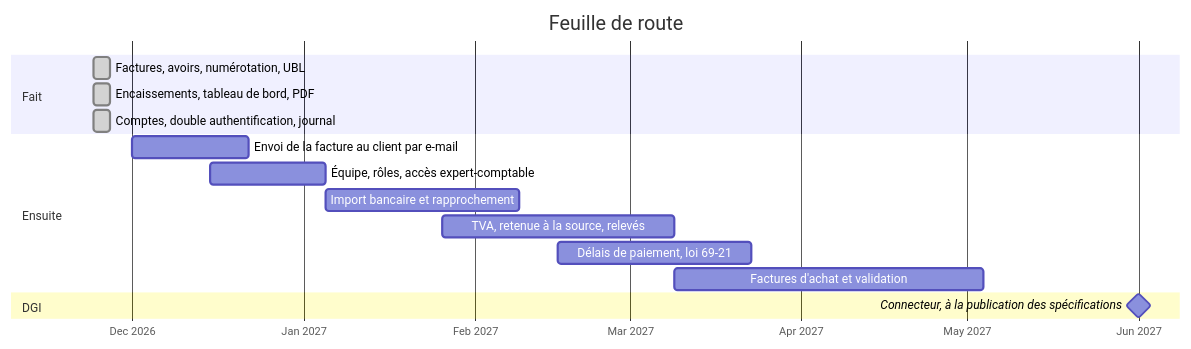
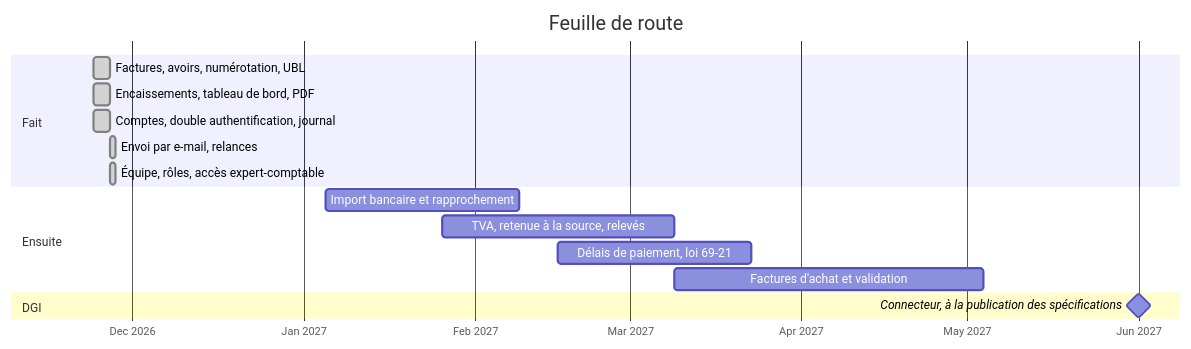
The fourth of 4 diagrams in README.md (abderrahimghazali/tabaa), drawn with Mermaid before and after one commit. The commit also changed other lines of this file and 61 other files, not shown here.

````diff
--- a/README.md
+++ b/README.md
@@ -232,19 +232,19 @@
 ```mermaid
 gantt
     title Feuille de route
     dateFormat YYYY-MM-DD
     axisFormat %b %Y
     section Fait
     Factures, avoirs, numérotation, UBL      :done, 2026-11-24, 3d
     Encaissements, tableau de bord, PDF      :done, 2026-11-24, 3d
     Comptes, double authentification, journal :done, 2026-11-24, 3d
+    Envoi par e-mail, relances               :done, 2026-11-27, 1d
+    Équipe, rôles, accès expert-comptable    :done, 2026-11-27, 1d
     section Ensuite
-    Envoi de la facture au client par e-mail :2026-12-01, 3w
-    Équipe, rôles, accès expert-comptable    :2026-12-15, 3w
     Import bancaire et rapprochement         :2027-01-05, 5w
     TVA, retenue à la source, relevés        :2027-01-26, 6w
     Délais de paiement, loi 69-21            :2027-02-16, 5w
     Factures d'achat et validation           :2027-03-09, 8w
     section DGI
     Connecteur, à la publication des spécifications :milestone, 2027-06-01, 0d
 ```
````
